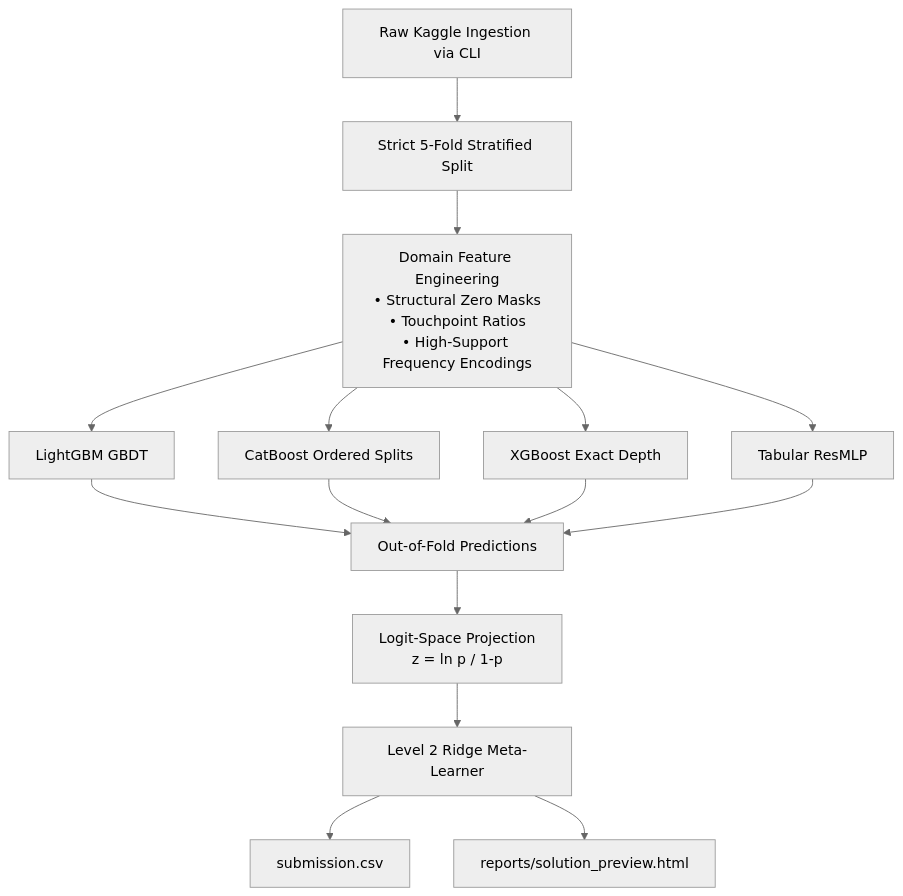
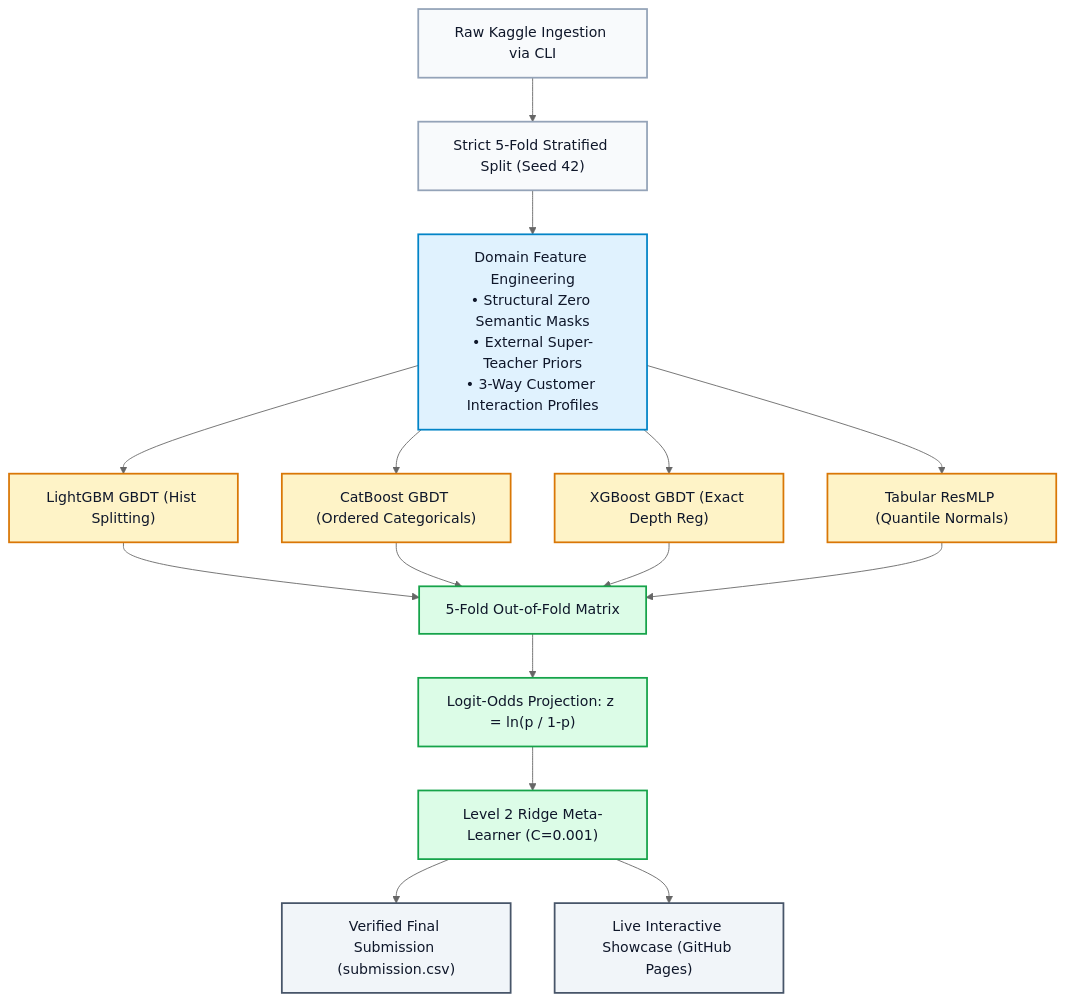
Before and after one commit to VijaiKMathew/kaggle-s6e10-airline-satisfaction: the diagram in README.md, drawn with Mermaid (neutral theme). The commit also changed 3 other files, not shown here.

Commit message:
style: enhance Mermaid diagrams with high-contrast color classes, vertical flow, and clean readable typography

````diff
--- a/README.md
+++ b/README.md
@@ -42,20 +42,33 @@
 ```mermaid
 flowchart TD
-    Raw[Raw Kaggle Ingestion via CLI] --> Split[Strict 5-Fold Stratified Split]
-    Split --> FeatEng[Domain Feature Engineering<br>• Structural Zero Masks<br>• Touchpoint Ratios<br>• High-Support Frequency Encodings]
+    %% Styling
+    classDef input fill:#f8fafc,stroke:#94a3b8,stroke-width:2px,color:#0f172a;
+    classDef domain fill:#e0f2fe,stroke:#0284c7,stroke-width:2px,color:#0f172a;
+    classDef models fill:#fef3c7,stroke:#d97706,stroke-width:2px,color:#0f172a;
+    classDef meta fill:#dcfce7,stroke:#16a34a,stroke-width:2px,color:#0f172a;
+    classDef out fill:#f1f5f9,stroke:#475569,stroke-width:2px,color:#0f172a;
+
+    Raw["Raw Kaggle Ingestion via CLI"] --> Split["Strict 5-Fold Stratified Split (Seed 42)"]
+    Split --> FeatEng["Domain Feature Engineering<br>• Structural Zero Semantic Masks<br>• External Super-Teacher Priors<br>• 3-Way Customer Interaction Profiles"]
     
-    FeatEng --> M1[LightGBM GBDT]
-    FeatEng --> M2[CatBoost Ordered Splits]
-    FeatEng --> M3[XGBoost Exact Depth]
-    FeatEng --> M4[Tabular ResMLP]
+    FeatEng --> M1["LightGBM GBDT (Hist Splitting)"]
+    FeatEng --> M2["CatBoost GBDT (Ordered Categoricals)"]
+    FeatEng --> M3["XGBoost GBDT (Exact Depth Reg)"]
+    FeatEng --> M4["Tabular ResMLP (Quantile Normals)"]
     
-    M1 --> OOF[Out-of-Fold Predictions]
+    M1 --> OOF["5-Fold Out-of-Fold Matrix"]
     M2 --> OOF
     M3 --> OOF
     M4 --> OOF
     
-    OOF --> Logit[Logit-Space Projection<br>z = ln p / 1-p]
-    Logit --> Stacker[Level 2 Ridge Meta-Learner]
-    Stacker --> FinalSub[submission.csv]
-    Stacker --> HTMLRep[reports/solution_preview.html]
+    OOF --> Logit["Logit-Odds Projection: z = ln(p / 1-p)"]
+    Logit --> Stacker["Level 2 Ridge Meta-Learner (C=0.001)"]
+    Stacker --> FinalSub["Verified Final Submission (submission.csv)"]
+    Stacker --> HTMLRep["Live Interactive Showcase (GitHub Pages)"]
+
+    class Raw,Split input;
+    class FeatEng domain;
+    class M1,M2,M3,M4 models;
+    class OOF,Logit,Stacker meta;
+    class FinalSub,HTMLRep out;
 ```
````
